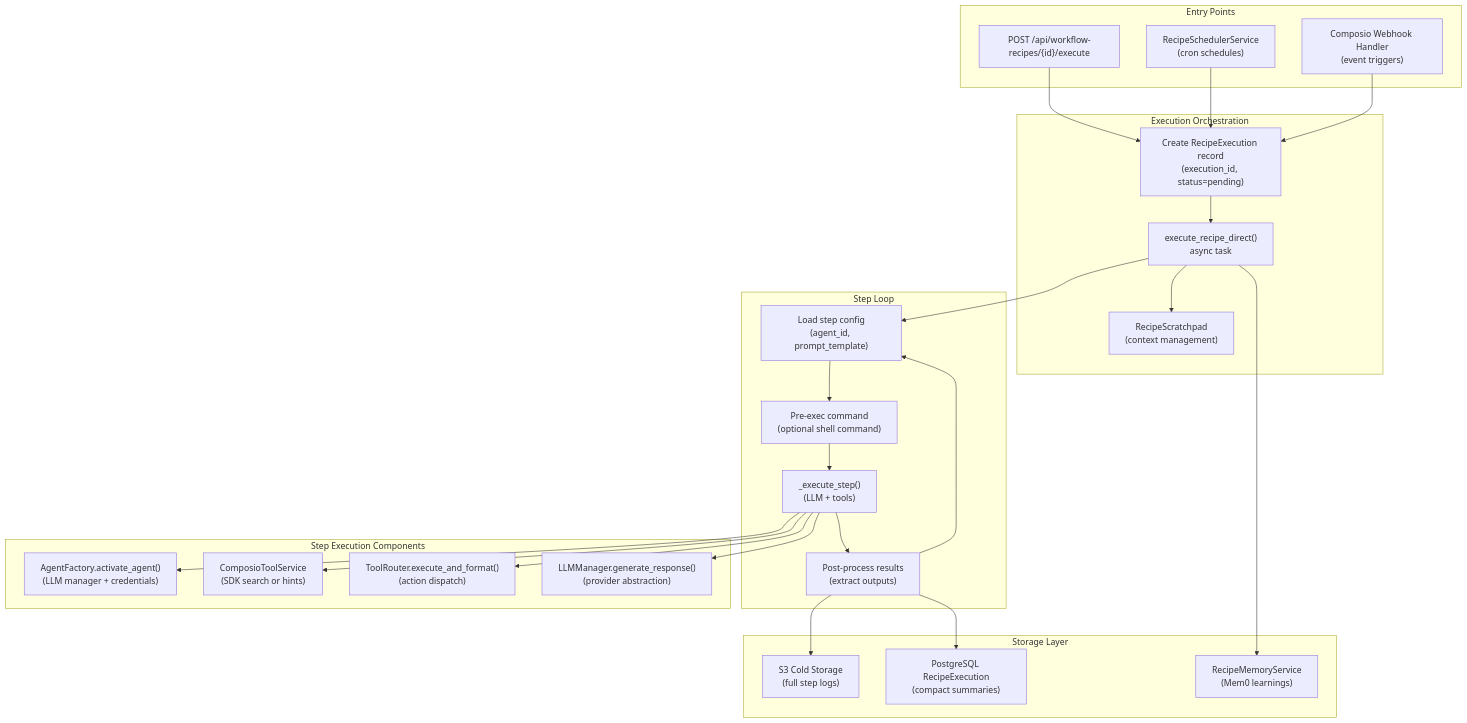
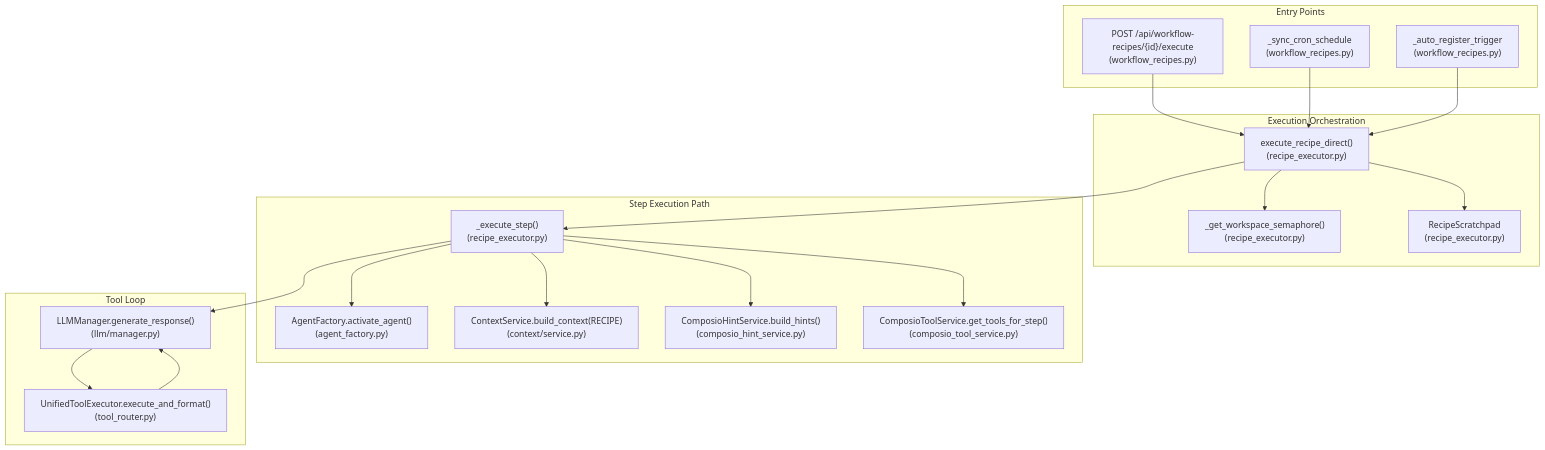
One commit to AutomatosAI/automatos-ai changed the first of 2 diagrams in docs/workflows-recipes/recipe-execution-engine.md. Above: the diagram before and after it, drawn with Mermaid. The commit also changed other lines of this file and 149 other files, not shown here.

Commit message:
docs: refresh documentation with graphify semantic scan

````diff
--- a/docs/workflows-recipes/recipe-execution-engine.md
+++ b/docs/workflows-recipes/recipe-execution-engine.md
@@ -41,55 +43,44 @@
 ```mermaid
 graph TB
     subgraph "Entry Points"
-        API["POST /api/workflow-recipes/{id}/execute"]
-        Cron["RecipeSchedulerService<br/>(cron schedules)"]
-        Webhook["Composio Webhook Handler<br/>(event triggers)"]
+        API["POST /api/workflow-recipes/{id}/execute<br/>(workflow_recipes.py)"]
+        Cron["_sync_cron_schedule<br/>(workflow_recipes.py)"]
+        Webhook["_auto_register_trigger<br/>(workflow_recipes.py)"]
     end
     
     subgraph "Execution Orchestration"
-        CreateExec["Create RecipeExecution record<br/>(execution_id, status=pending)"]
-        ExecuteDirect["execute_recipe_direct()<br/>async task"]
-        RecipeScratch["RecipeScratchpad<br/>(context management)"]
+        DirectExec["execute_recipe_direct()<br/>(recipe_executor.py)"]
+        Semaphore["_get_workspace_semaphore()<br/>(recipe_executor.py)"]
+        Scratchpad["RecipeScratchpad<br/>(recipe_executor.py)"]
     end
     
-    subgraph "Step Loop"
-        LoadStep["Load step config<br/>(agent_id, prompt_template)"]
-        PreExec["Pre-exec command<br/>(optional shell command)"]
-        ExecuteStep["_execute_step()<br/>(LLM + tools)"]
-        PostProcess["Post-process results<br/>(extract outputs)"]
+    subgraph "Step Execution Path"
+        StepFunc["_execute_step()<br/>(recipe_executor.py)"]
+        Factory["AgentFactory.activate_agent()<br/>(agent_factory.py)"]
+        CtxSvc["ContextService.build_context(RECIPE)<br/>(context/service.py)"]
+        HintSvc["ComposioHintService.build_hints()<br/>(composio_hint_service.py)"]
+        ToolSvc["ComposioToolService.get_tools_for_step()<br/>(composio_tool_service.py)"]
     end
     
-    subgraph "Step Execution Components"
-        AgentFactory["AgentFactory.activate_agent()<br/>(LLM manager + credentials)"]
-        ToolService["ComposioToolService<br/>(SDK search or hints)"]
-        ToolRouter["ToolRouter.execute_and_format()<br/>(action dispatch)"]
-        LLMManager["LLMManager.generate_response()<br/>(provider abstraction)"]
+    subgraph "Tool Loop"
+        LLM["LLMManager.generate_response()<br/>(llm/manager.py)"]
+        Router["UnifiedToolExecutor.execute_and_format()<br/>(tool_router.py)"]
     end
     
-    subgraph "Storage Layer"
-        S3Logs["S3 Cold Storage<br/>(full step logs)"]
-        DBSummary["PostgreSQL RecipeExecution<br/>(compact summaries)"]
-        MemService["RecipeMemoryService<br/>(Mem0 learnings)"]
-    end
+    API --> DirectExec
+    Cron --> DirectExec
+    Webhook --> DirectExec
     
-    API --> CreateExec
-    Cron --> CreateExec
-    Webhook --> CreateExec
-    CreateExec --> ExecuteDirect
+    DirectExec --> Semaphore
+    DirectExec --> Scratchpad
+    DirectExec --> StepFunc
     
-    ExecuteDirect --> RecipeScratch
-    ExecuteDirect --> LoadStep
-    LoadStep --> PreExec
-    PreExec --> ExecuteStep
-    ExecuteStep --> PostProcess
-    PostProcess --> LoadStep
+    StepFunc --> Factory
+    StepFunc --> CtxSvc
+    StepFunc --> ToolSvc
+    StepFunc --> HintSvc
     
-    ExecuteStep --> AgentFactory
-    ExecuteStep --> ToolService
-    ExecuteStep --> ToolRouter
-    ExecuteStep --> LLMManager
-    
-    PostProcess --> S3Logs
-    PostProcess --> DBSummary
-    ExecuteDirect --> MemService
+    StepFunc --> LLM
+    LLM --> Router
+    Router --> LLM
 ```
````
